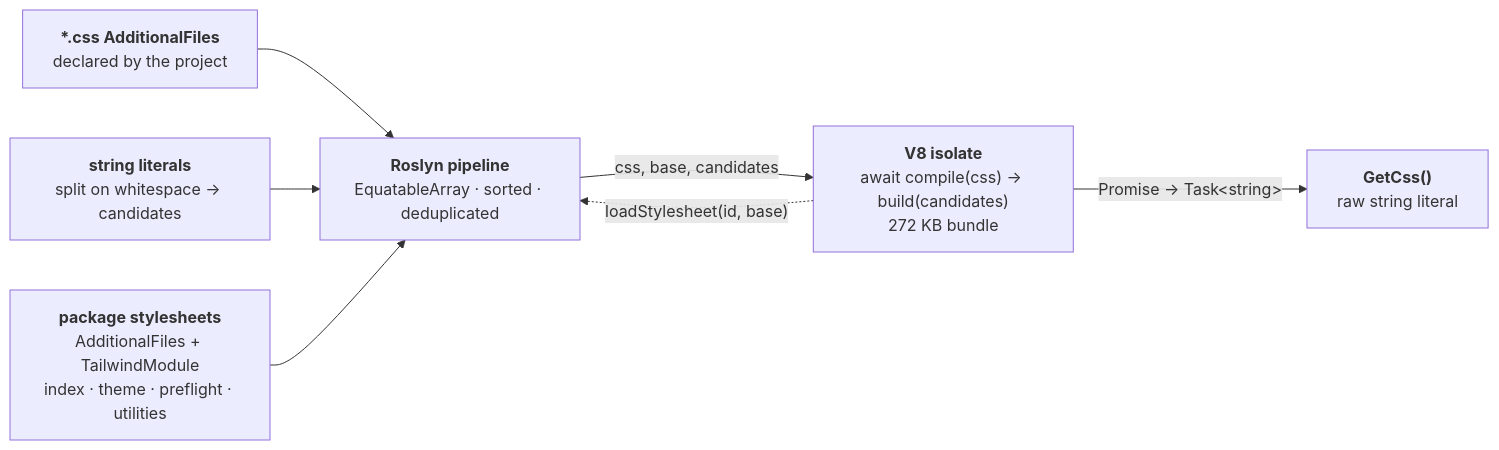
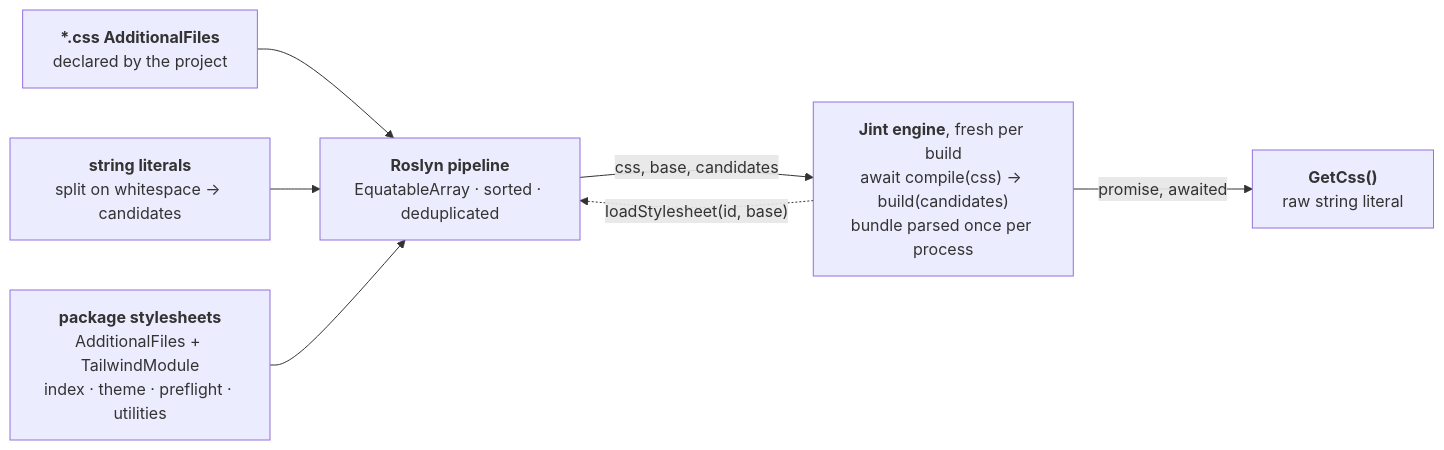
Before and after one commit to miroljub1995/natrix: the second of 2 diagrams in src/Natrix.TailwindCss.Generators/ARCHITECTURE.md, drawn with Mermaid. The commit also changed other lines of this file and 28 other files, not shown here.

````diff
--- a/src/Natrix.TailwindCss.Generators/ARCHITECTURE.md
+++ b/src/Natrix.TailwindCss.Generators/ARCHITECTURE.md
@@ -65,18 +46,18 @@
 ```mermaid
 flowchart LR
     CSS["<b>*.css AdditionalFiles</b><br/>declared by the project"]
     LIT["<b>string literals</b><br/>split on whitespace → candidates"]
     EMB["<b>package stylesheets</b><br/>AdditionalFiles + TailwindModule<br/>index · theme · preflight · utilities"]
 
     PIPE["<b>Roslyn pipeline</b><br/>EquatableArray · sorted · deduplicated"]
-    V8["<b>V8 isolate</b><br/>await compile(css) → build(candidates)<br/>272 KB bundle"]
+    JS["<b>Jint engine</b>, fresh per build<br/>await compile(css) → build(candidates)<br/>bundle parsed once per process"]
     OUT["<b>GetCss()</b><br/>raw string literal"]
 
     CSS --> PIPE
     LIT --> PIPE
     EMB --> PIPE
 
-    PIPE -->|"css, base, candidates"| V8
-    V8 -.->|"loadStylesheet(id, base)"| PIPE
-    V8 -->|"Promise → Task&lt;string&gt;"| OUT
+    PIPE -->|"css, base, candidates"| JS
+    JS -.->|"loadStylesheet(id, base)"| PIPE
+    JS -->|"promise, awaited"| OUT
 ```
````
